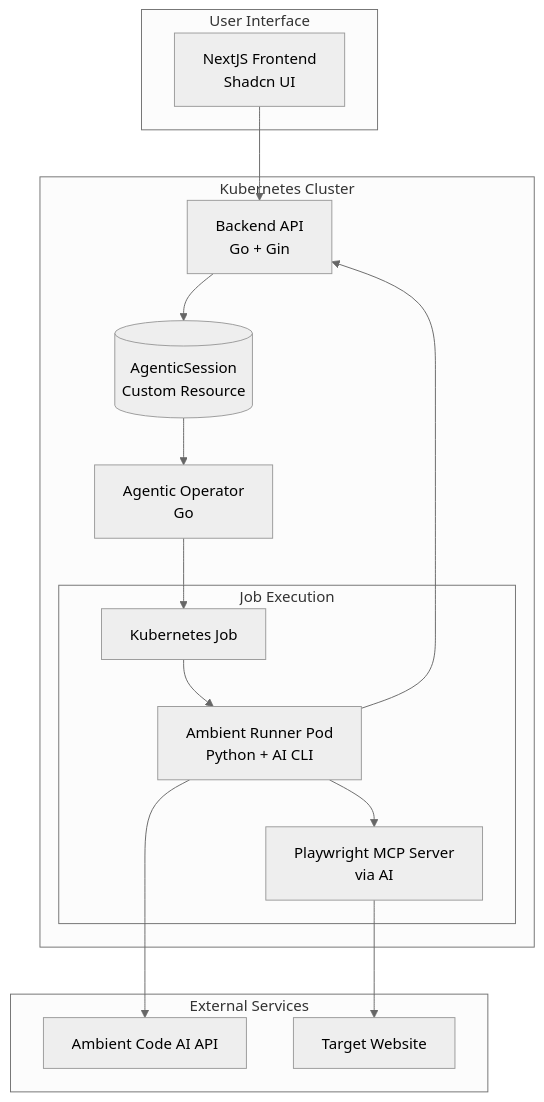
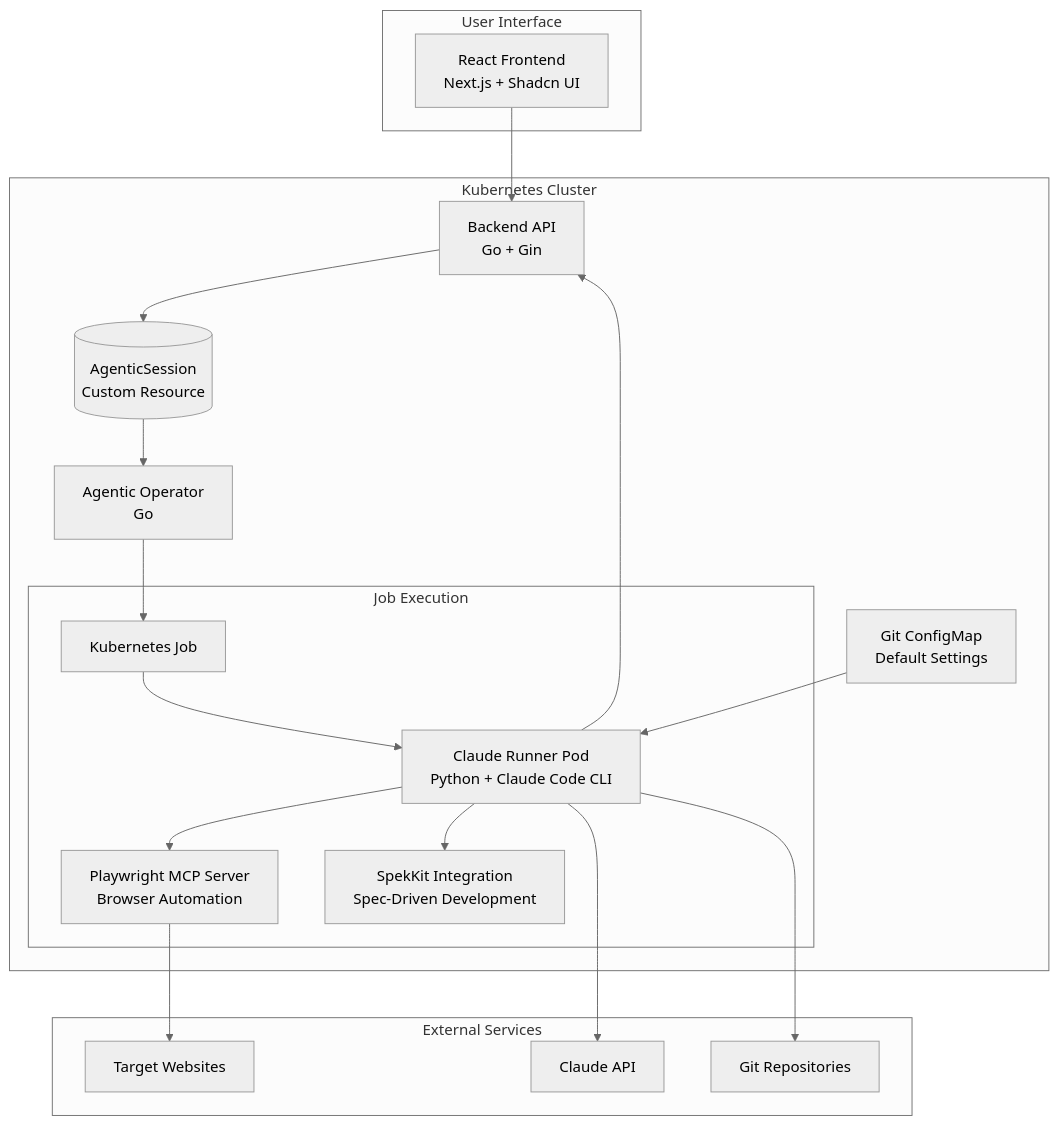
One commit to sbekkerm/vTeam changed the diagram in components/README.md. Above: the diagram before and after it, drawn with Mermaid (neutral theme). The commit also changed other lines of this file and 3 other files, not shown here.

````diff
--- a/components/README.md
+++ b/components/README.md
@@ -17,33 +17,39 @@
 ```mermaid
 graph TB
     subgraph "User Interface"
-        UI[NextJS Frontend<br/>Shadcn UI]
+        UI[React Frontend<br/>Next.js + Shadcn UI]
     end
-    
+
     subgraph "Kubernetes Cluster"
         API[Backend API<br/>Go + Gin]
         OP[Agentic Operator<br/>Go]
         CR[(AgenticSession<br/>Custom Resource)]
-        
+        CM[Git ConfigMap<br/>Default Settings]
+
         subgraph "Job Execution"
             JOB[Kubernetes Job]
-            POD[Ambient Runner Pod<br/>Python + AI CLI]
-            MCP[Playwright MCP Server<br/>via AI]
+            POD[Claude Runner Pod<br/>Python + Claude Code CLI]
+            MCP[Playwright MCP Server<br/>Browser Automation]
+            SPEK[SpekKit Integration<br/>Spec-Driven Development]
         end
     end
-    
+
     subgraph "External Services"
-        AMBIENT[Ambient Code AI API]
-        WEB[Target Website]
+        CLAUDE[Claude API]
+        WEB[Target Websites]
+        GIT[Git Repositories]
     end
-    
+
     UI --> API
     API --> CR
     CR --> OP
     OP --> JOB
     JOB --> POD
     POD --> MCP
-    POD --> AMBIENT
+    POD --> SPEK
+    POD --> CLAUDE
+    POD --> GIT
     MCP --> WEB
     POD --> API
+    CM --> POD
 ```
````
